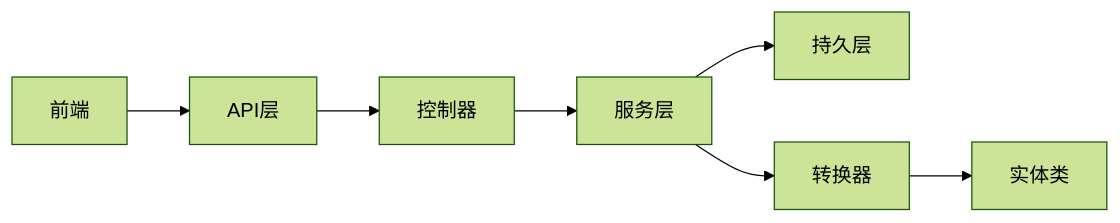
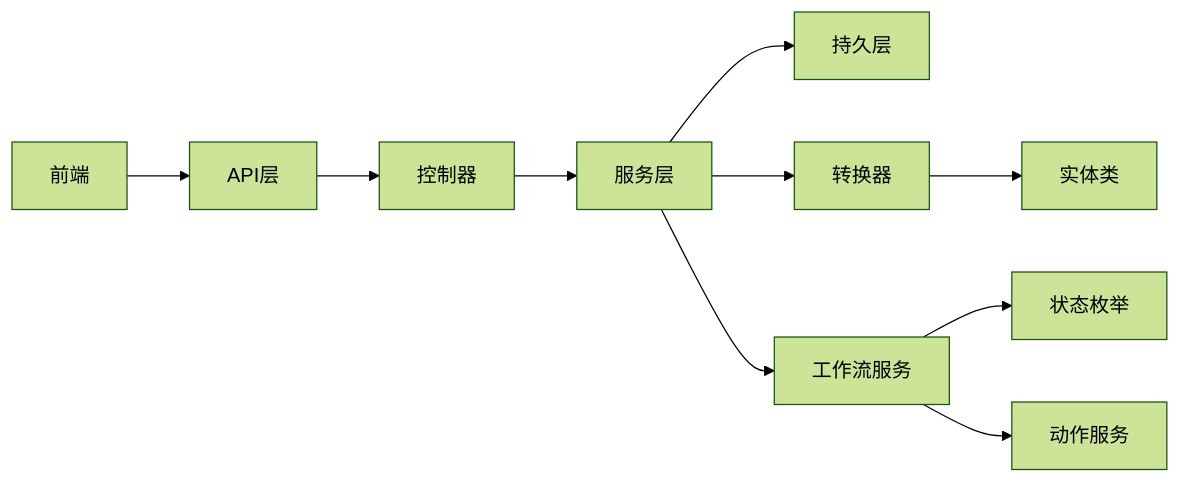
Diagram 12 of 12 in .qoder/repowiki/zh/content/核心业务逻辑/核心业务逻辑.md (NJMrLi/genetics), drawn with Mermaid (forest theme) before and after one commit. The commit also changed other lines of this file and 21 other files, not shown here.

````diff
--- a/.qoder/repowiki/zh/content/核心业务逻辑/核心业务逻辑.md
+++ b/.qoder/repowiki/zh/content/核心业务逻辑/核心业务逻辑.md
@@ -231,9 +457,12 @@
 ```mermaid
 graph LR
 Controller["控制器"] --> Service["服务层"]
 Service --> Mapper["持久层"]
 Service --> Converter["转换器"]
+Service --> WorkflowService["工作流服务"]
+WorkflowService --> StateEnum["状态枚举"]
+WorkflowService --> ActionService["动作服务"]
 Converter --> Entity["实体类"]
 Frontend["前端"] --> API["API层"]
 API --> Controller
 ```
````
